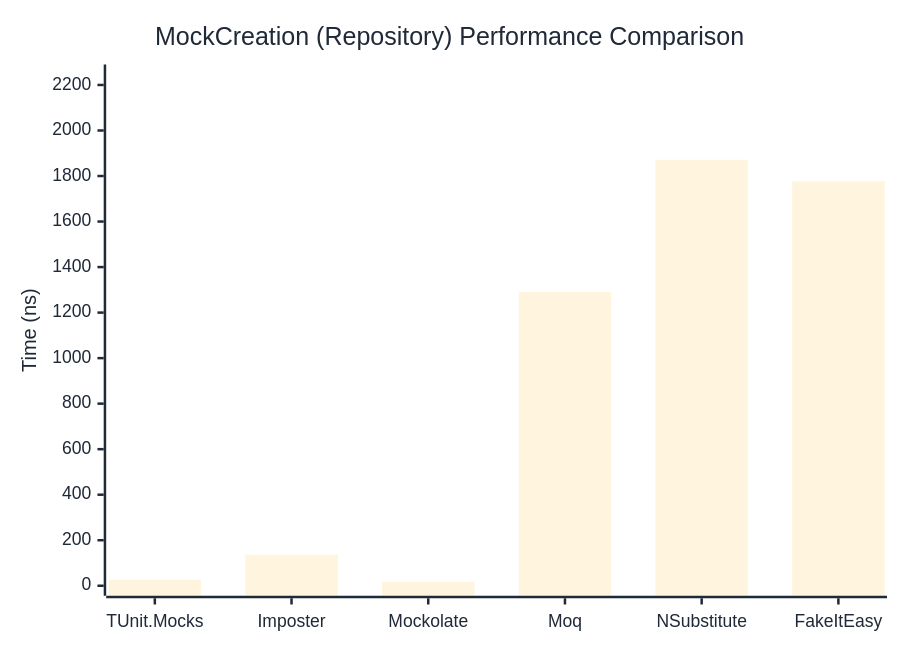
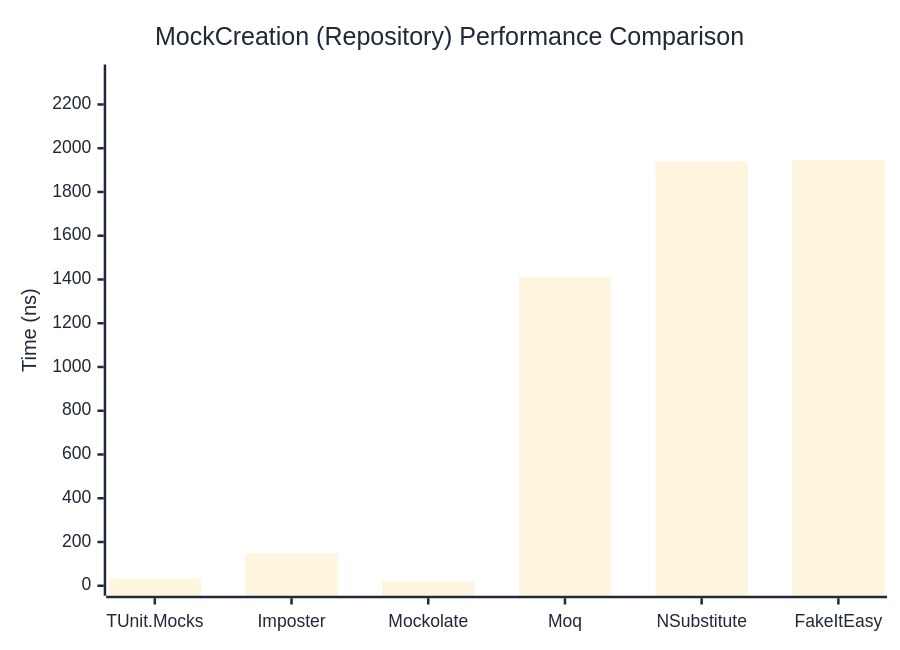
One commit to thomhurst/TUnit changed the second of 2 diagrams in docs/docs/benchmarks/mocks/MockCreation.md. Above: the diagram before and after it, drawn with Mermaid. The commit also changed other lines of this file and 14 other files, not shown here.

````diff
--- a/docs/docs/benchmarks/mocks/MockCreation.md
+++ b/docs/docs/benchmarks/mocks/MockCreation.md
@@ -71,27 +71,27 @@
 ```mermaid
 %%{init: {
   'theme':'base',
   'themeVariables': {
     'primaryColor': '#2563eb',
     'primaryTextColor': '#1f2937',
     'primaryBorderColor': '#1e40af',
     'lineColor': '#6b7280',
     'secondaryColor': '#7c3aed',
     'tertiaryColor': '#dc2626',
     'background': '#ffffff',
     'pie1': '#2563eb',
     'pie2': '#7c3aed',
     'pie3': '#dc2626',
     'pie4': '#f59e0b',
     'pie5': '#10b981',
     'pie6': '#06b6d4',
     'pie7': '#ec4899',
     'pie8': '#6366f1'
   }
 }}%%
 xychart-beta
   title "MockCreation (Repository) Performance Comparison"
   x-axis ["TUnit.Mocks", "Imposter", "Mockolate", "Moq", "NSubstitute", "FakeItEasy"]
-  y-axis "Time (ns)" 0 --> 2246
-  bar [26.55, 136.28, 17.08, 1290.71, 1871.44, 1776.41]
+  y-axis "Time (ns)" 0 --> 2337
+  bar [30.46, 148.65, 19.78, 1410.04, 1939.61, 1947.04]
 ```
````
